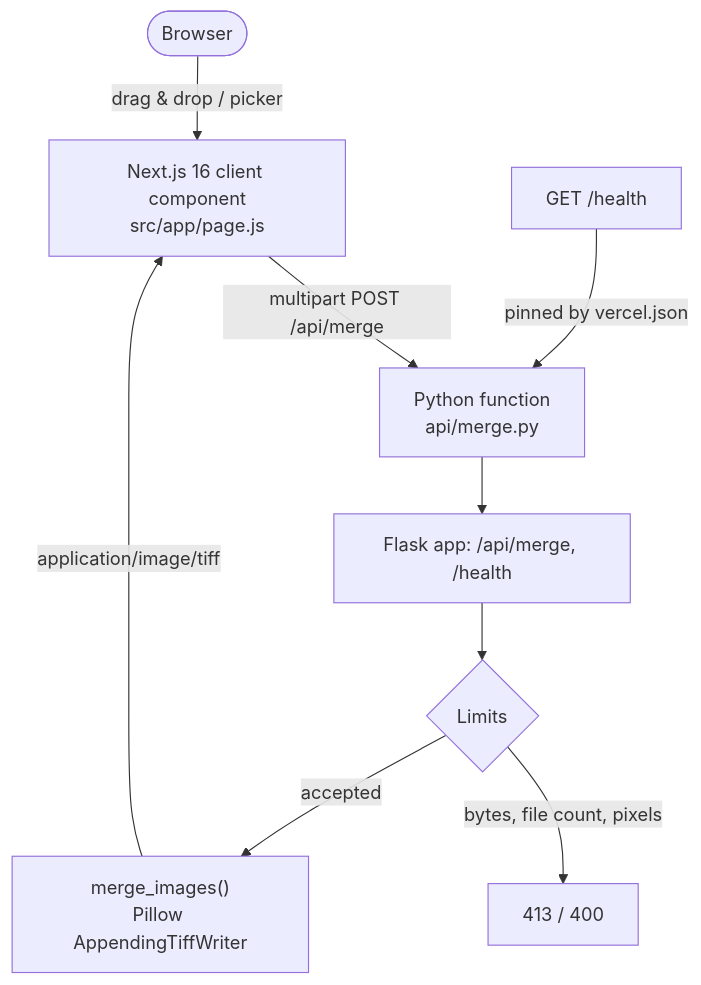
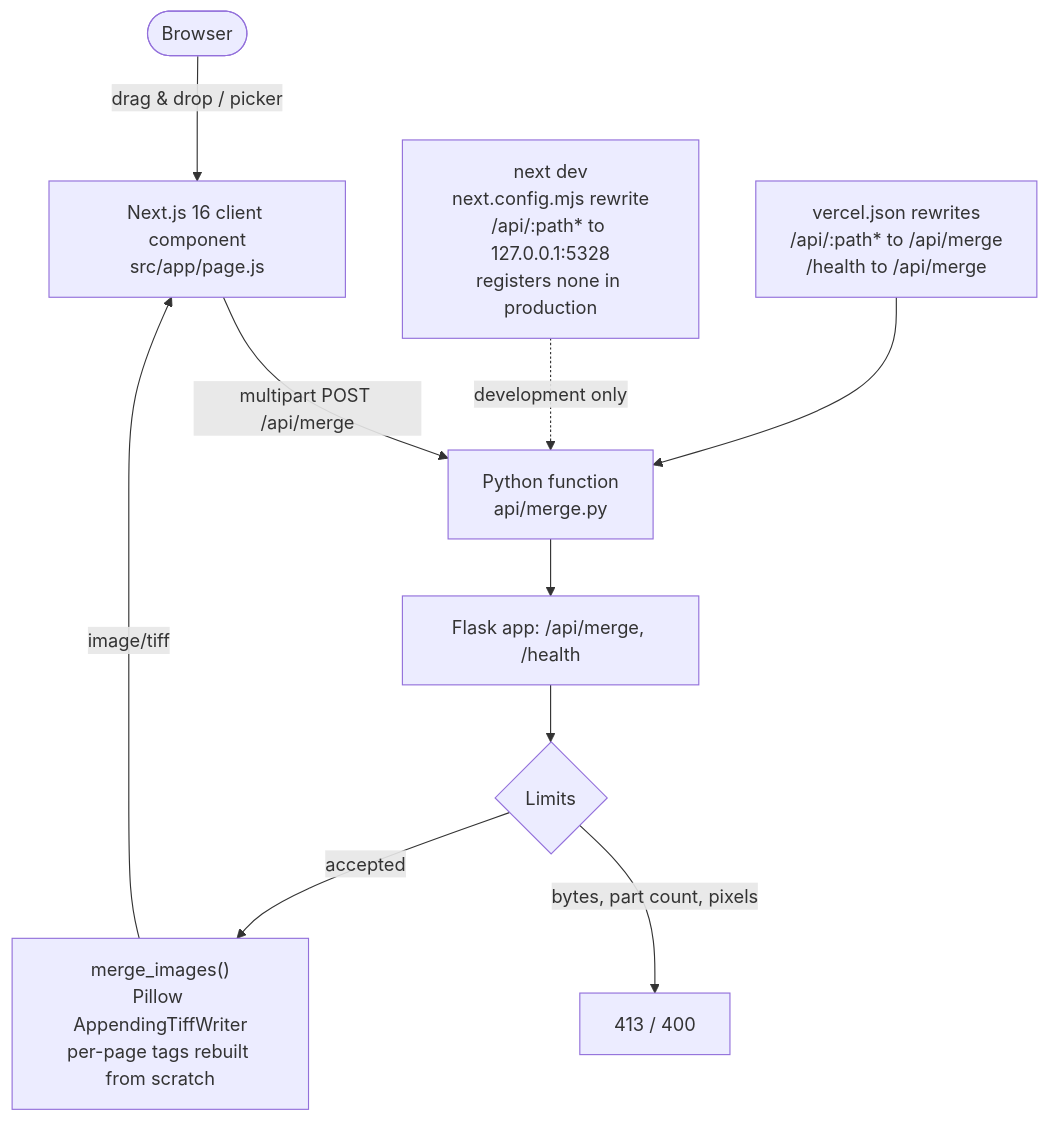
The diagram in README.md (Shreyansh2203/Merge-TIFF), drawn with Mermaid before and after one commit. The commit also changed other lines of this file and 2 other files, not shown here.

First line of the commit message:
docs: state the tag, part and error behaviour accurately, and guard the routing diagram

````diff
--- a/README.md
+++ b/README.md
@@ -23,11 +23,12 @@
 ```mermaid
 flowchart TD
-    User([Browser]) -->|drag &amp; drop / picker| UI["Next.js 16 client component\nsrc/app/page.js"]
+    User([Browser]) -->|drag & drop / picker| UI["Next.js 16 client component\nsrc/app/page.js"]
     UI -->|multipart POST /api/merge| Fn["Python function\napi/merge.py"]
+    Dev["next dev\nnext.config.mjs rewrite\n/api/:path* to 127.0.0.1:5328\nregisters none in production"] -.->|development only| Fn
+    Proxy["vercel.json rewrites\n/api/:path* to /api/merge\n/health to /api/merge"] --> Fn
     Fn --> Flask[Flask app: /api/merge, /health]
     Flask --> Guard{Limits}
-    Guard -->|bytes, file count, pixels| Reject["413 / 400"]
-    Guard -->|accepted| Merge["merge_images()\nPillow AppendingTiffWriter"]
-    Merge -->|application/image/tiff| UI
-    Health["GET /health"] -->|pinned by vercel.json| Fn
+    Guard -->|bytes, part count, pixels| Reject["413 / 400"]
+    Guard -->|accepted| Merge["merge_images()\nPillow AppendingTiffWriter\nper-page tags rebuilt from scratch"]
+    Merge -->|image/tiff| UI
 ```
````
